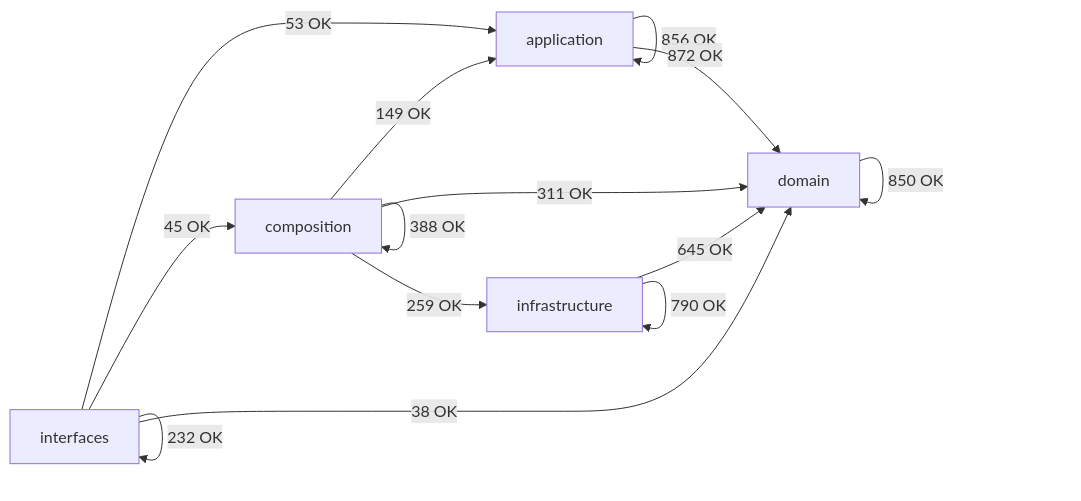
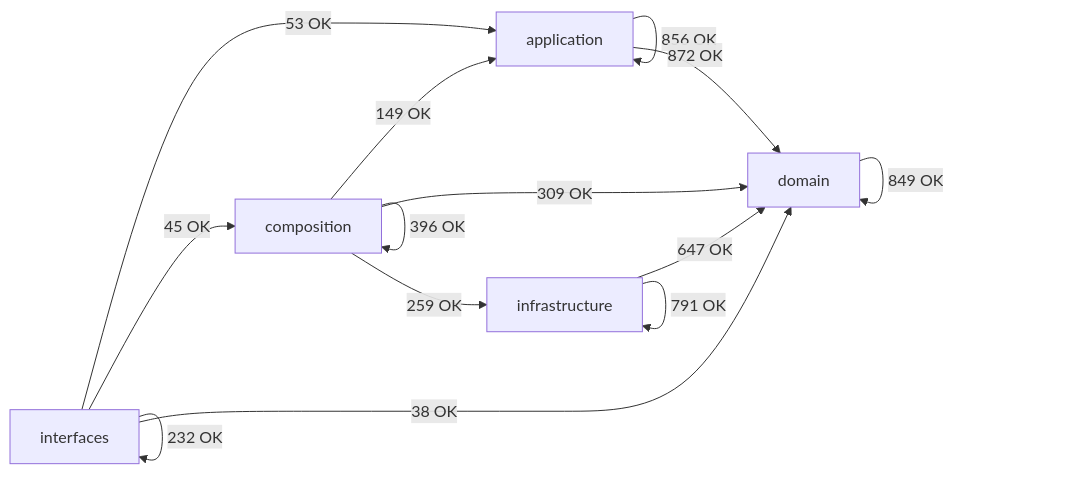
The diagram in docs/02-architecture/generated/module-dependency-map.md (SatoryKono/BioactivityDataAcquisition), drawn with Mermaid before and after one commit. The commit also changed other lines of this file and 1 other file, not shown here.

````diff
--- a/docs/02-architecture/generated/module-dependency-map.md
+++ b/docs/02-architecture/generated/module-dependency-map.md
@@ -17,21 +17,21 @@
 ```mermaid
 flowchart LR
     domain[domain]
     application[application]
     infrastructure[infrastructure]
     composition[composition]
     interfaces[interfaces]
     application -->|856 OK| application
     application -->|872 OK| domain
     composition -->|149 OK| application
-    composition -->|388 OK| composition
-    composition -->|311 OK| domain
+    composition -->|396 OK| composition
+    composition -->|309 OK| domain
     composition -->|259 OK| infrastructure
-    domain -->|850 OK| domain
-    infrastructure -->|645 OK| domain
-    infrastructure -->|790 OK| infrastructure
+    domain -->|849 OK| domain
+    infrastructure -->|647 OK| domain
+    infrastructure -->|791 OK| infrastructure
     interfaces -->|53 OK| application
     interfaces -->|45 OK| composition
     interfaces -->|38 OK| domain
     interfaces -->|232 OK| interfaces
 ```
````
